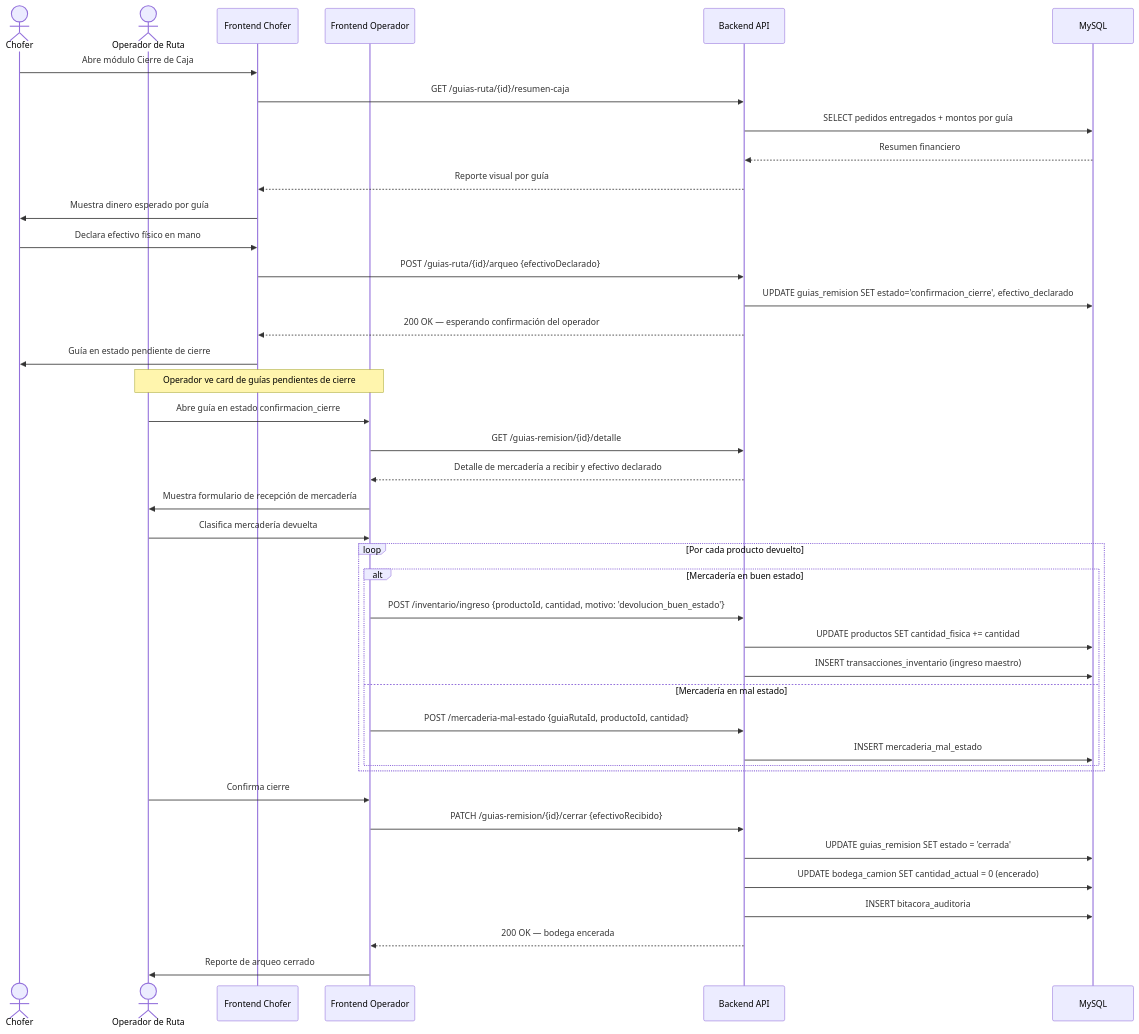
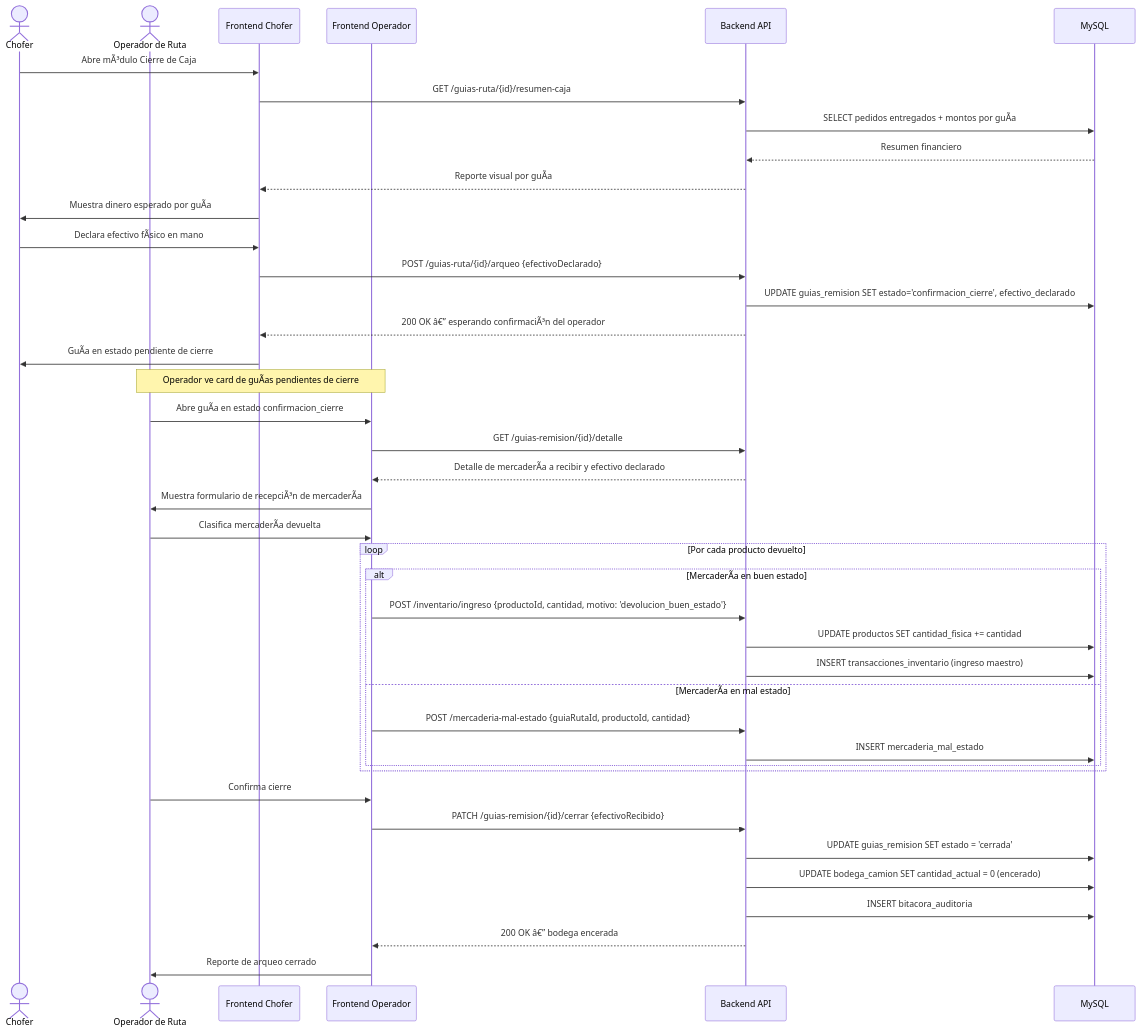
Before and after one commit to UNIPI6TO/PI-ECOMMERCE-FRITOLAY: the seventh of 23 diagrams in docs/especificacion.md, drawn with Mermaid. The commit also changed other lines of this file, not shown here.

````diff
--- a/docs/especificacion.md
+++ b/docs/especificacion.md
@@ -1109,48 +1109,48 @@
 ```mermaid
 sequenceDiagram
     actor Chofer
     actor Operador as Operador de Ruta
     participant FE_CHO as Frontend Chofer
     participant FE_OPE as Frontend Operador
     participant API as Backend API
     participant DB as MySQL
 
-    Chofer->>FE_CHO: Abre módulo Cierre de Caja
+    Chofer->>FE_CHO: Abre mÃ³dulo Cierre de Caja
     FE_CHO->>API: GET /guias-ruta/{id}/resumen-caja
-    API->>DB: SELECT pedidos entregados + montos por guía
+    API->>DB: SELECT pedidos entregados + montos por guÃ­a
     DB-->>API: Resumen financiero
-    API-->>FE_CHO: Reporte visual por guía
-    FE_CHO->>Chofer: Muestra dinero esperado por guía
+    API-->>FE_CHO: Reporte visual por guÃ­a
+    FE_CHO->>Chofer: Muestra dinero esperado por guÃ­a
 
-    Chofer->>FE_CHO: Declara efectivo físico en mano
+    Chofer->>FE_CHO: Declara efectivo fÃ­sico en mano
     FE_CHO->>API: POST /guias-ruta/{id}/arqueo {efectivoDeclarado}
     API->>DB: UPDATE guias_remision SET estado='confirmacion_cierre', efectivo_declarado
-    API-->>FE_CHO: 200 OK — esperando confirmación del operador
-    FE_CHO->>Chofer: Guía en estado pendiente de cierre
+    API-->>FE_CHO: 200 OK â€” esperando confirmaciÃ³n del operador
+    FE_CHO->>Chofer: GuÃ­a en estado pendiente de cierre
 
-    Note over FE_OPE,Operador: Operador ve card de guías pendientes de cierre
-    Operador->>FE_OPE: Abre guía en estado confirmacion_cierre
+    Note over FE_OPE,Operador: Operador ve card de guÃ­as pendientes de cierre
+    Operador->>FE_OPE: Abre guÃ­a en estado confirmacion_cierre
     FE_OPE->>API: GET /guias-remision/{id}/detalle
-    API-->>FE_OPE: Detalle de mercadería a recibir y efectivo declarado
-    FE_OPE->>Operador: Muestra formulario de recepción de mercadería
+    API-->>FE_OPE: Detalle de mercaderÃ­a a recibir y efectivo declarado
+    FE_OPE->>Operador: Muestra formulario de recepciÃ³n de mercaderÃ­a
 
-    Operador->>FE_OPE: Clasifica mercadería devuelta
+    Operador->>FE_OPE: Clasifica mercaderÃ­a devuelta
     loop Por cada producto devuelto
-        alt Mercadería en buen estado
+        alt MercaderÃ­a en buen estado
             FE_OPE->>API: POST /inventario/ingreso {productoId, cantidad, motivo: 'devolucion_buen_estado'}
             API->>DB: UPDATE productos SET cantidad_fisica += cantidad
             API->>DB: INSERT transacciones_inventario (ingreso maestro)
-        else Mercadería en mal estado
+        else MercaderÃ­a en mal estado
             FE_OPE->>API: POST /mercaderia-mal-estado {guiaRutaId, productoId, cantidad}
             API->>DB: INSERT mercaderia_mal_estado
         end
     end
 
     Operador->>FE_OPE: Confirma cierre
     FE_OPE->>API: PATCH /guias-remision/{id}/cerrar {efectivoRecibido}
     API->>DB: UPDATE guias_remision SET estado = 'cerrada'
     API->>DB: UPDATE bodega_camion SET cantidad_actual = 0 (encerado)
     API->>DB: INSERT bitacora_auditoria
-    API-->>FE_OPE: 200 OK — bodega encerada
+    API-->>FE_OPE: 200 OK â€” bodega encerada
     FE_OPE->>Operador: Reporte de arqueo cerrado
 ```
````
